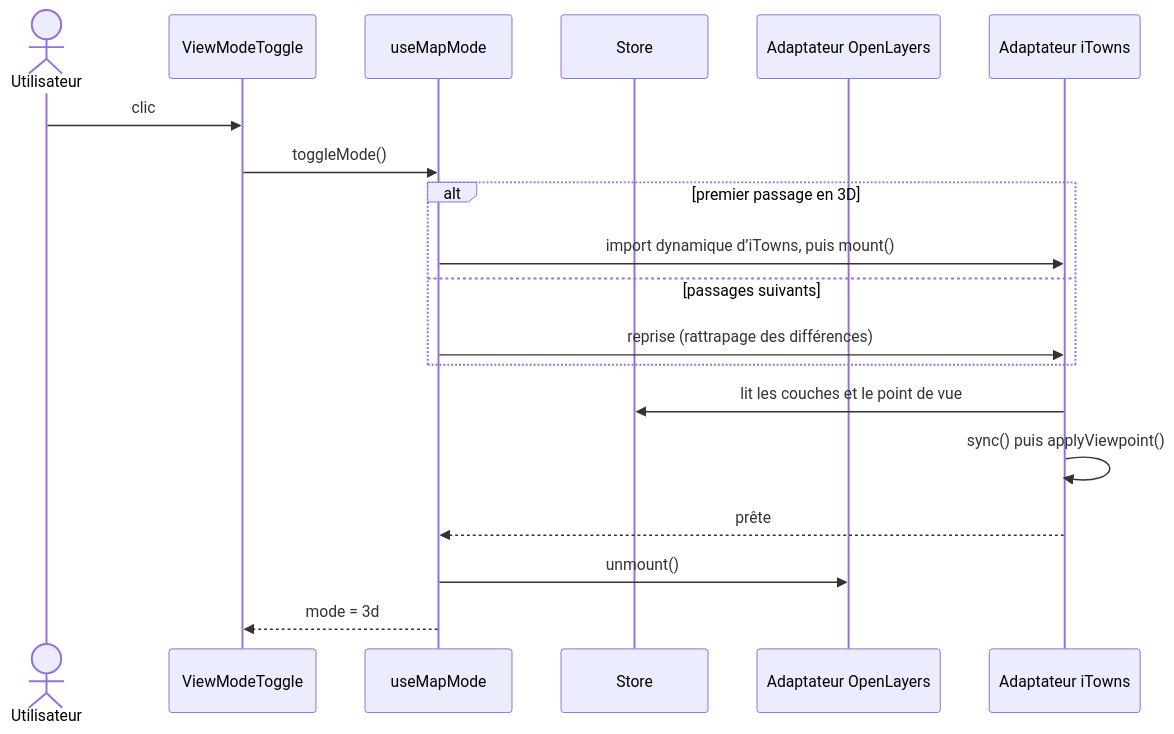
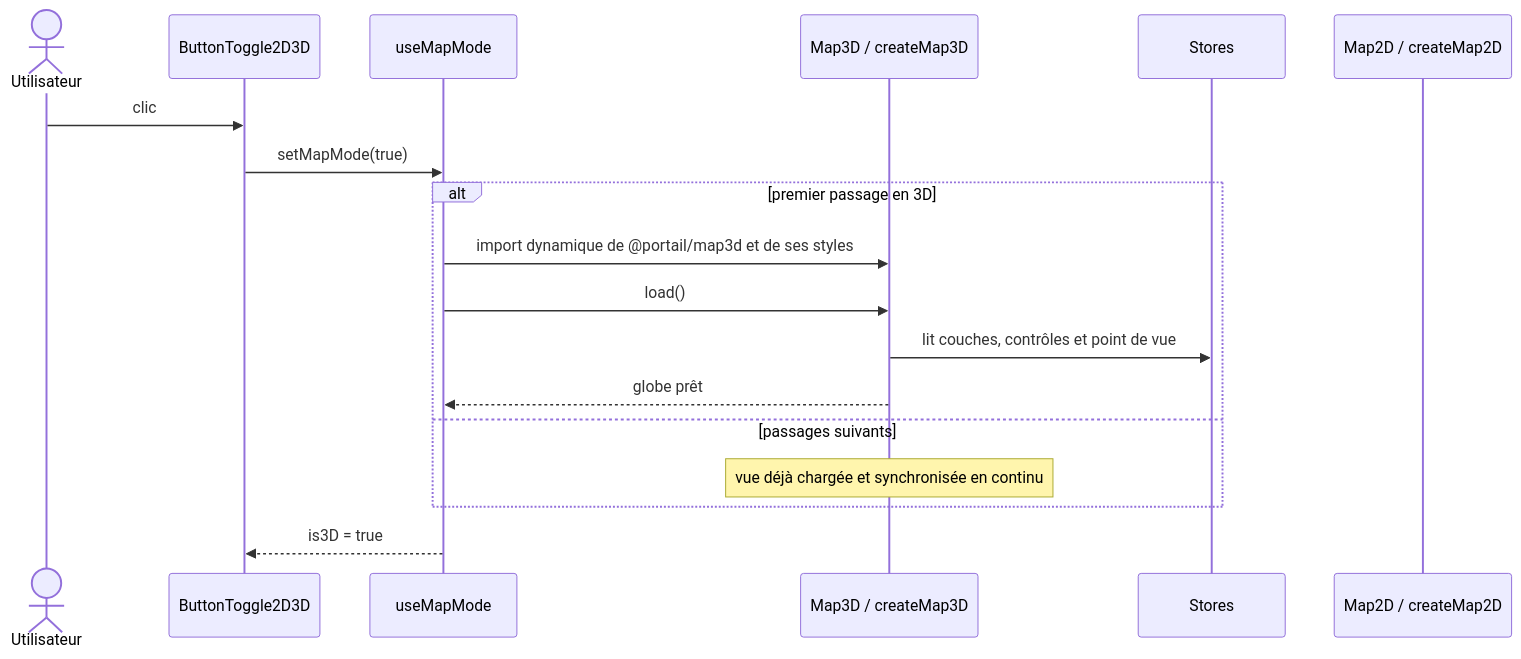
Before and after one commit to lowzonenose/switch2d3d-vue-experimentation: the second of 2 diagrams in Spécification--Intégration-iTowns-dans-cartes.gouv.fr.md, drawn with Mermaid. The commit also changed other lines of this file and 30 other files, not shown here.

````diff
--- a/Spécification--Intégration-iTowns-dans-cartes.gouv.fr.md
+++ b/Spécification--Intégration-iTowns-dans-cartes.gouv.fr.md
@@ -143,21 +151,20 @@
 ```mermaid
 sequenceDiagram
   actor U as Utilisateur
-  participant T as ViewModeToggle
+  participant T as ButtonToggle2D3D
   participant M as useMapMode
-  participant S as Store
-  participant OL as Adaptateur OpenLayers
-  participant IT as Adaptateur iTowns
+  participant C3 as Map3D / createMap3D
+  participant S as Stores
+  participant C2 as Map2D / createMap2D
   U->>T: clic
-  T->>M: toggleMode()
+  T->>M: setMapMode(true)
   alt premier passage en 3D
-    M->>IT: import dynamique d’iTowns, puis mount()
+    M->>C3: import dynamique de @portail/map3d et de ses styles
+    M->>C3: load()
+    C3->>S: lit couches, contrôles et point de vue
+    C3-->>M: globe prêt
   else passages suivants
-    M->>IT: reprise (rattrapage des différences)
+    Note over C3: vue déjà chargée et synchronisée en continu
   end
-  IT->>S: lit les couches et le point de vue
-  IT->>IT: sync() puis applyViewpoint()
-  IT-->>M: prête
-  M->>OL: unmount()
-  M-->>T: mode = 3d
+  M-->>T: is3D = true
 ```
````
